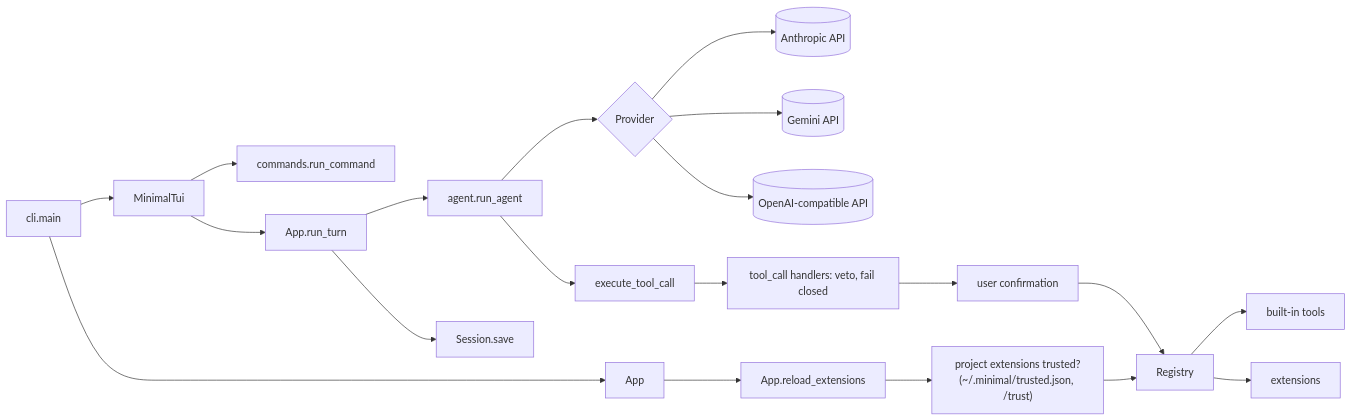
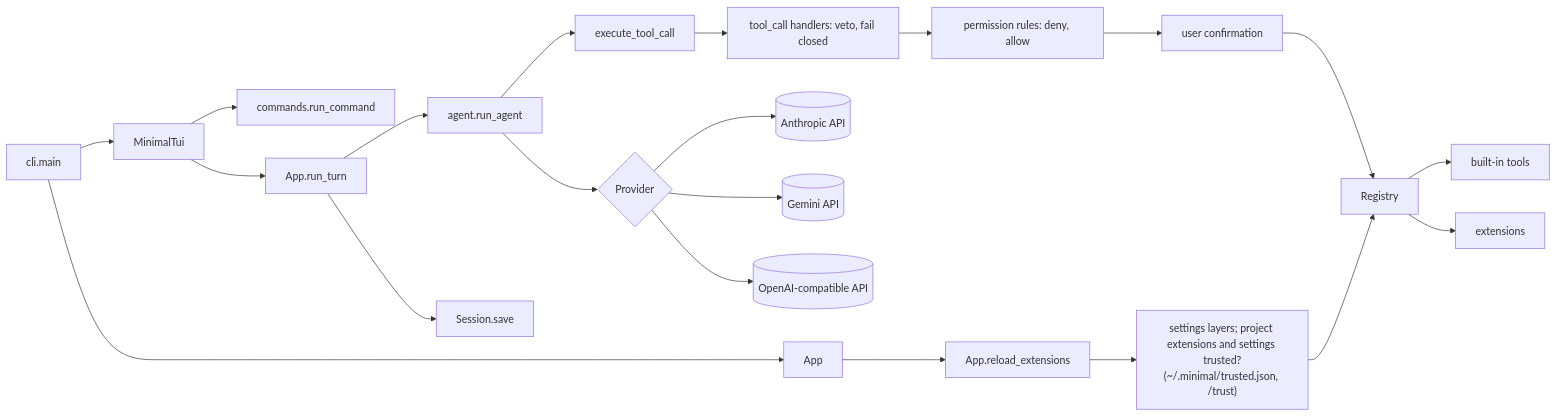
Before and after one commit to RafaSG13/Minimal: the diagram in README.md, drawn with Mermaid. The commit also changed other lines of this file and 41 other files, not shown here.

Commit message:
minimal agent released 0.2.0

````diff
--- a/README.md
+++ b/README.md
@@ -216,16 +216,16 @@
 ```mermaid
 flowchart LR
   cli[cli.main] --> app[App]
   cli --> tui[MinimalTui] --> commands[commands.run_command]
   tui --> turn[App.run_turn]
   turn --> agent[agent.run_agent]
   agent --> provider{Provider}
   provider --> anthropic[(Anthropic API)]
   provider --> gemini[(Gemini API)]
   provider --> openai[(OpenAI-compatible API)]
-  agent --> exec[execute_tool_call] --> guard["tool_call handlers: veto, fail closed"] --> confirm[user confirmation] --> registry[Registry]
+  agent --> exec[execute_tool_call] --> guard["tool_call handlers: veto, fail closed"] --> perms["permission rules: deny, allow"] --> confirm[user confirmation] --> registry[Registry]
   registry --> tools[built-in tools]
   registry --> ext[extensions]
-  app --> reload[App.reload_extensions] --> trust["project extensions trusted?<br/>(~/.minimal/trusted.json, /trust)"] --> registry
+  app --> reload[App.reload_extensions] --> trust["settings layers; project extensions and settings trusted?<br/>(~/.minimal/trusted.json, /trust)"] --> registry
   turn --> session[Session.save]
 ```
````
